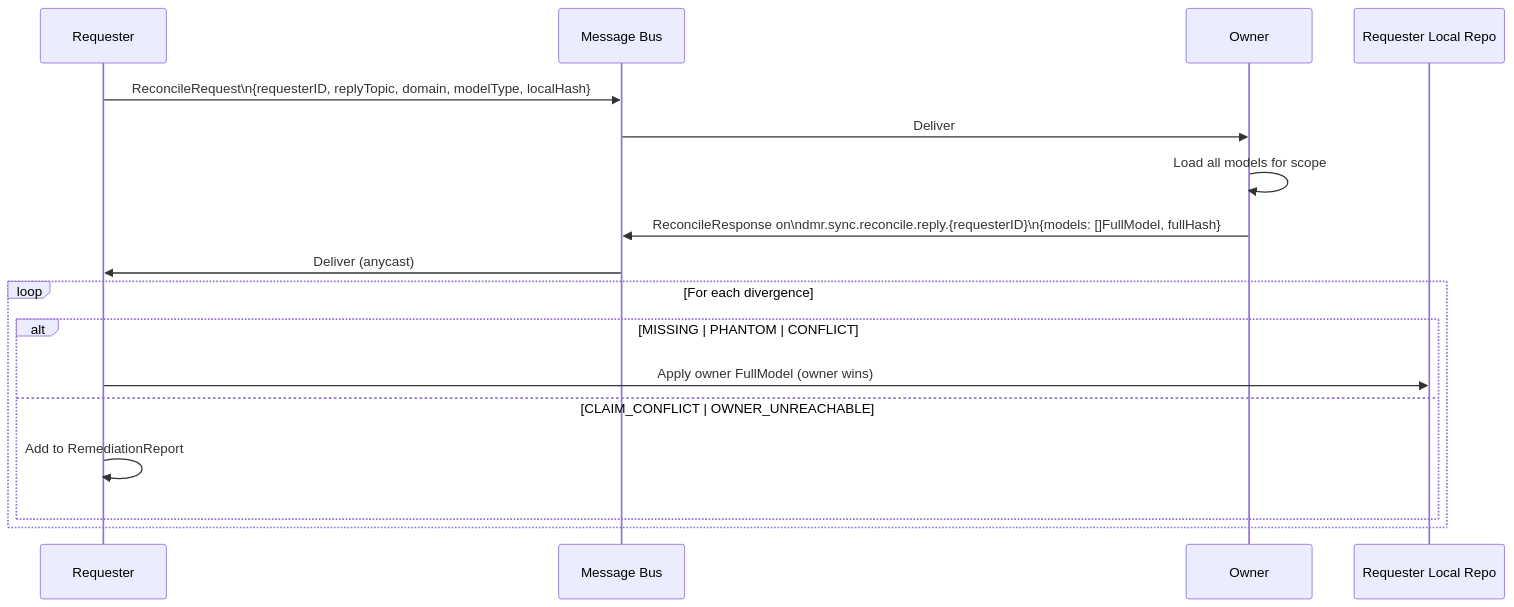
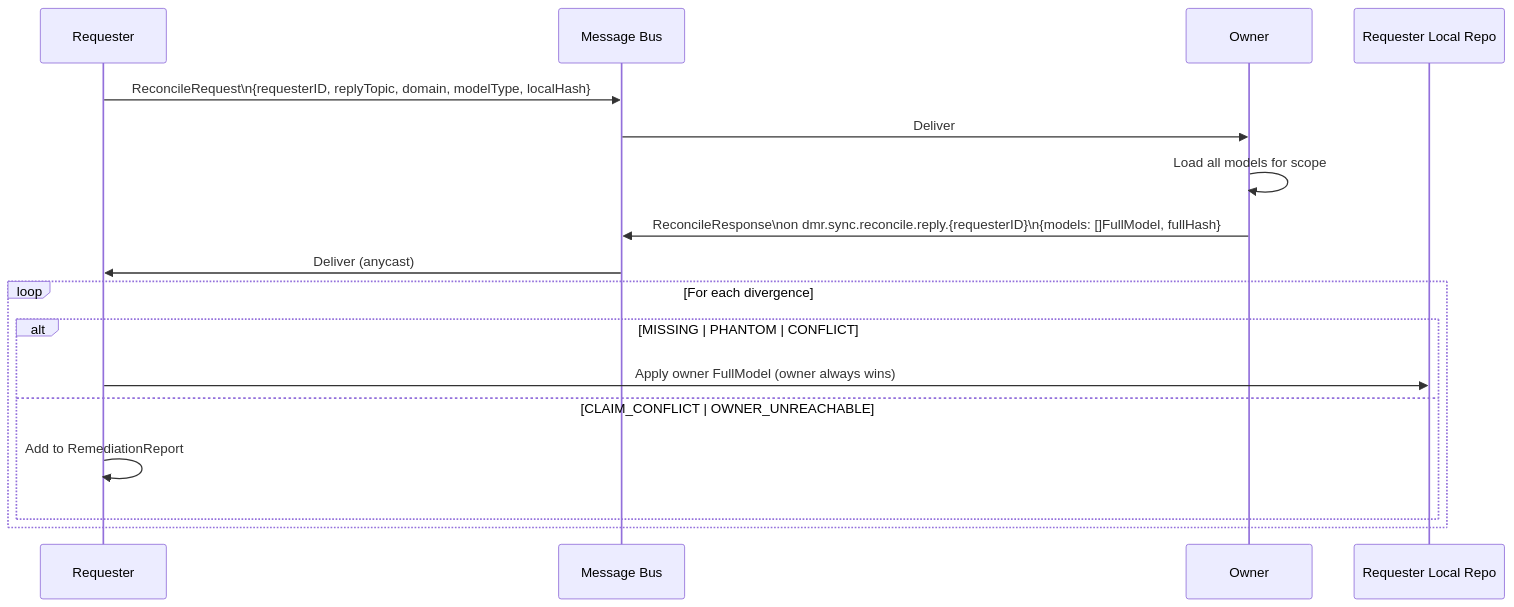
Diagram 14 of 17 in data-model-registry/dmr-sync-design.md (emirbh/misc), drawn with Mermaid before and after one commit. The commit also changed other lines of this file, not shown here.

Commit message:
dmr sync

````diff
--- a/data-model-registry/dmr-sync-design.md
+++ b/data-model-registry/dmr-sync-design.md
@@ -716,22 +739,22 @@
 ```mermaid
 sequenceDiagram
     participant Req as Requester
     participant B as Message Bus
     participant Own as Owner
     participant Repo as Requester Local Repo
 
     Req->>B: ReconcileRequest\n{requesterID, replyTopic, domain, modelType, localHash}
     B->>Own: Deliver
 
     Own->>Own: Load all models for scope
-    Own->>B: ReconcileResponse on\ndmr.sync.reconcile.reply.{requesterID}\n{models: []FullModel, fullHash}
+    Own->>B: ReconcileResponse\non dmr.sync.reconcile.reply.{requesterID}\n{models: []FullModel, fullHash}
     B->>Req: Deliver (anycast)
 
     loop For each divergence
         alt MISSING | PHANTOM | CONFLICT
-            Req->>Repo: Apply owner FullModel (owner wins)
+            Req->>Repo: Apply owner FullModel (owner always wins)
         else CLAIM_CONFLICT | OWNER_UNREACHABLE
             Req->>Req: Add to RemediationReport
         end
     end
 ```
````
